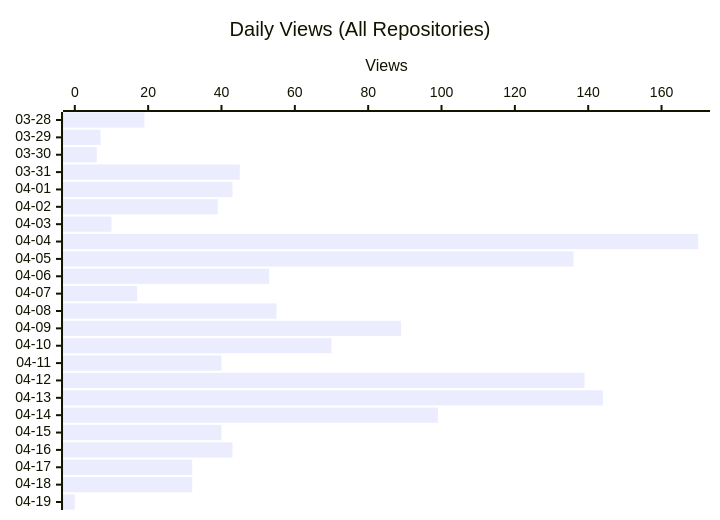
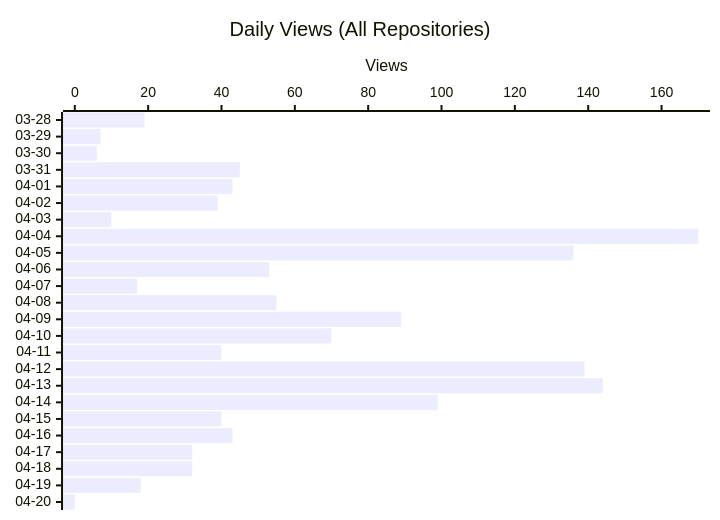
Before and after one commit to shigechika/github-insights: the second of 3 diagrams in README.md, drawn with Mermaid. The commit also changed other lines of this file and 1 other file, not shown here.

````diff
--- a/README.md
+++ b/README.md
@@ -24,7 +24,7 @@
 ```mermaid
 xychart-beta horizontal
     title "Daily Views (All Repositories)"
-    x-axis ["03-28", "03-29", "03-30", "03-31", "04-01", "04-02", "04-03", "04-04", "04-05", "04-06", "04-07", "04-08", "04-09", "04-10", "04-11", "04-12", "04-13", "04-14", "04-15", "04-16", "04-17", "04-18", "04-19"]
+    x-axis ["03-28", "03-29", "03-30", "03-31", "04-01", "04-02", "04-03", "04-04", "04-05", "04-06", "04-07", "04-08", "04-09", "04-10", "04-11", "04-12", "04-13", "04-14", "04-15", "04-16", "04-17", "04-18", "04-19", "04-20"]
     y-axis "Views"
-    bar [19, 7, 6, 45, 43, 39, 10, 170, 136, 53, 17, 55, 89, 70, 40, 139, 144, 99, 40, 43, 32, 32, 0]
+    bar [19, 7, 6, 45, 43, 39, 10, 170, 136, 53, 17, 55, 89, 70, 40, 139, 144, 99, 40, 43, 32, 32, 18, 0]
 ```
````
